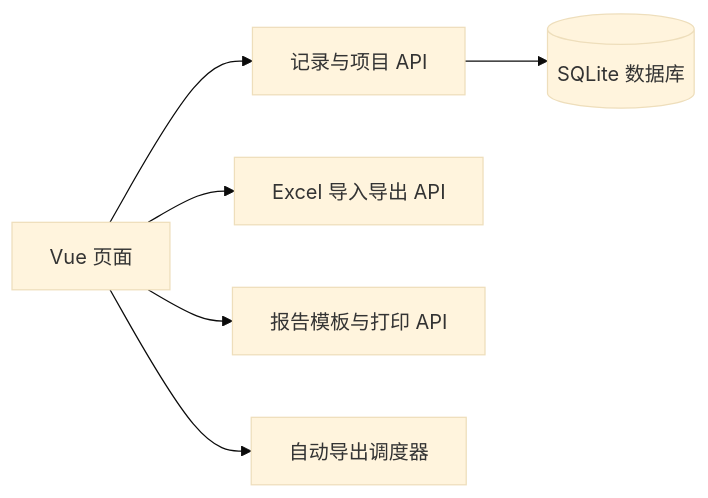
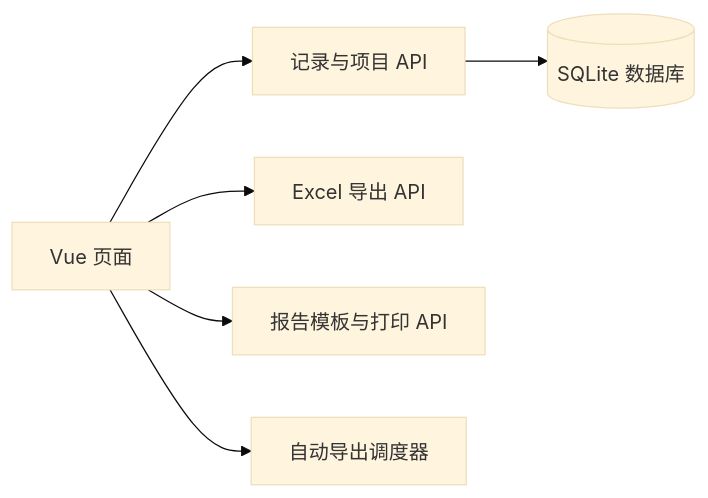
Before and after one commit to omentwo/GeneLabLedger: the first of 2 diagrams in docs/univer/architecture.md, drawn with Mermaid (base theme). The commit also changed other lines of this file and 63 other files, not shown here.

````diff
--- a/docs/univer/architecture.md
+++ b/docs/univer/architecture.md
@@ -5,8 +5,8 @@
 ```mermaid
 flowchart LR
   A[Vue 页面] --> B[记录与项目 API]
   B --> C[(SQLite 数据库)]
-  A --> D[Excel 导入导出 API]
+  A --> D[Excel 导出 API]
   A --> E[报告模板与打印 API]
   A --> F[自动导出调度器]
 ```
````
